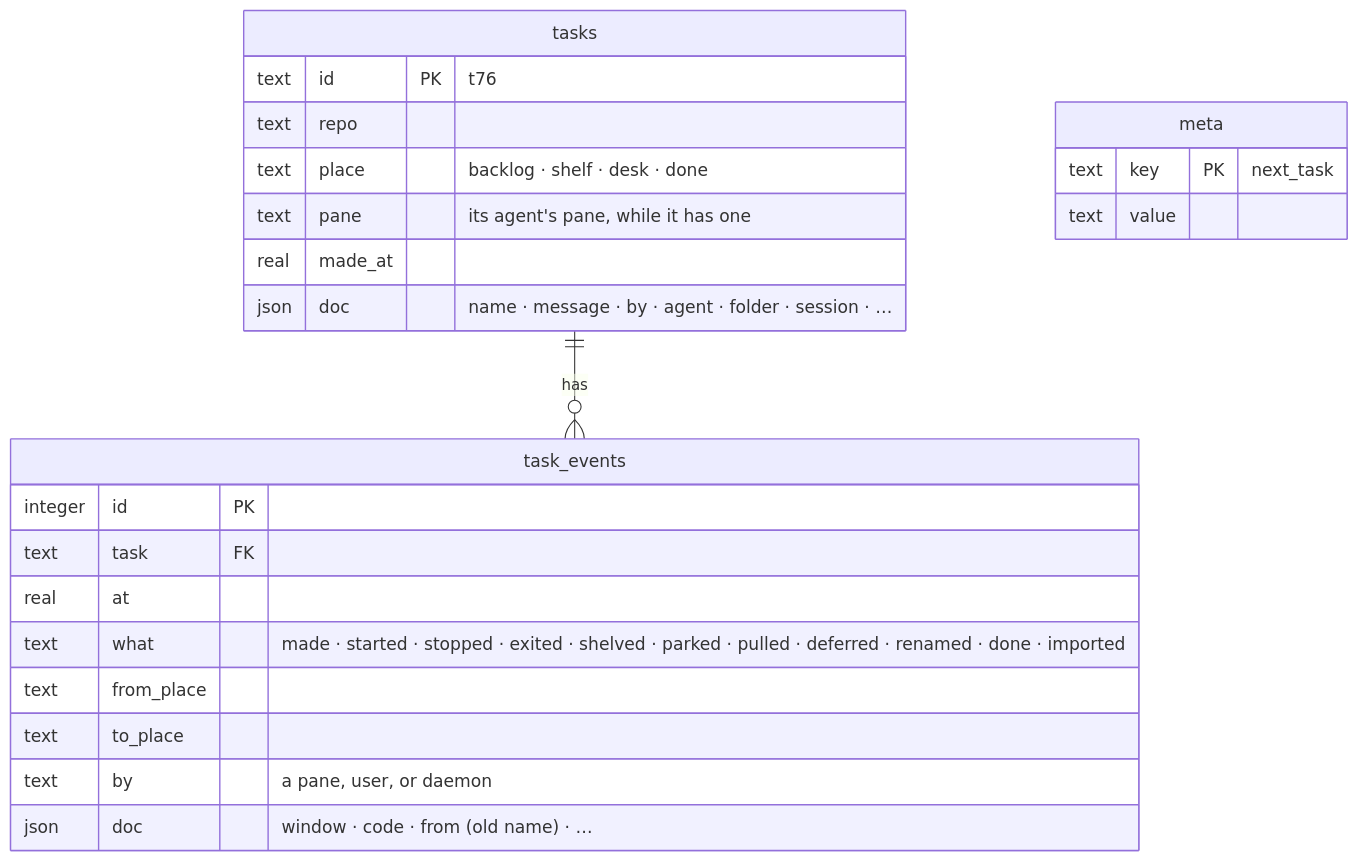
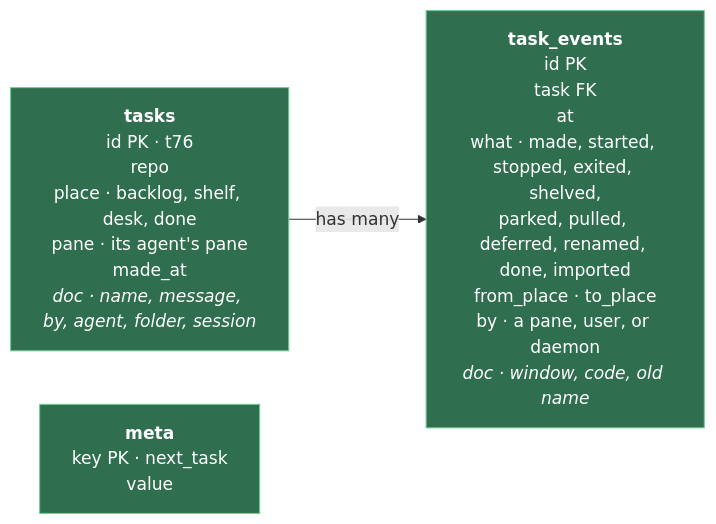
Before and after one commit to jemdiggity/kanna-v4: the second of 2 diagrams in docs/specs/database.md, drawn with Mermaid.

Commit message:
Database spec: the tables as a flowchart, which Kanna's markdown pane draws

````diff
--- a/docs/specs/database.md
+++ b/docs/specs/database.md
@@ -28,26 +28,9 @@
 ```mermaid
-erDiagram
-    tasks ||--o{ task_events : "has"
-    tasks {
-        text id PK "t76"
-        text repo
-        text place "backlog · shelf · desk · done"
-        text pane "its agent's pane, while it has one"
-        real made_at
-        json doc "name · message · by · agent · folder · session · …"
-    }
-    task_events {
-        integer id PK
-        text task FK
-        real at
-        text what "made · started · stopped · exited · shelved · parked · pulled · deferred · renamed · done · imported"
-        text from_place
-        text to_place
-        text by "a pane, user, or daemon"
-        json doc "window · code · from (old name) · …"
-    }
-    meta {
-        text key PK "next_task"
-        text value
-    }
+flowchart LR
+    T["<b>tasks</b><br/>id PK · t76<br/>repo<br/>place · backlog, shelf, desk, done<br/>pane · its agent's pane<br/>made_at<br/><i>doc · name, message, by, agent, folder, session</i>"]
+    E["<b>task_events</b><br/>id PK<br/>task FK<br/>at<br/>what · made, started, stopped, exited, shelved,<br/>parked, pulled, deferred, renamed, done, imported<br/>from_place · to_place<br/>by · a pane, user, or daemon<br/><i>doc · window, code, old name</i>"]
+    M["<b>meta</b><br/>key PK · next_task<br/>value"]
+    T -->|"has many"| E
+    classDef table fill:#2f6f4f,stroke:#6fcf97,color:#ffffff
+    class T,E,M table
 ```
````
